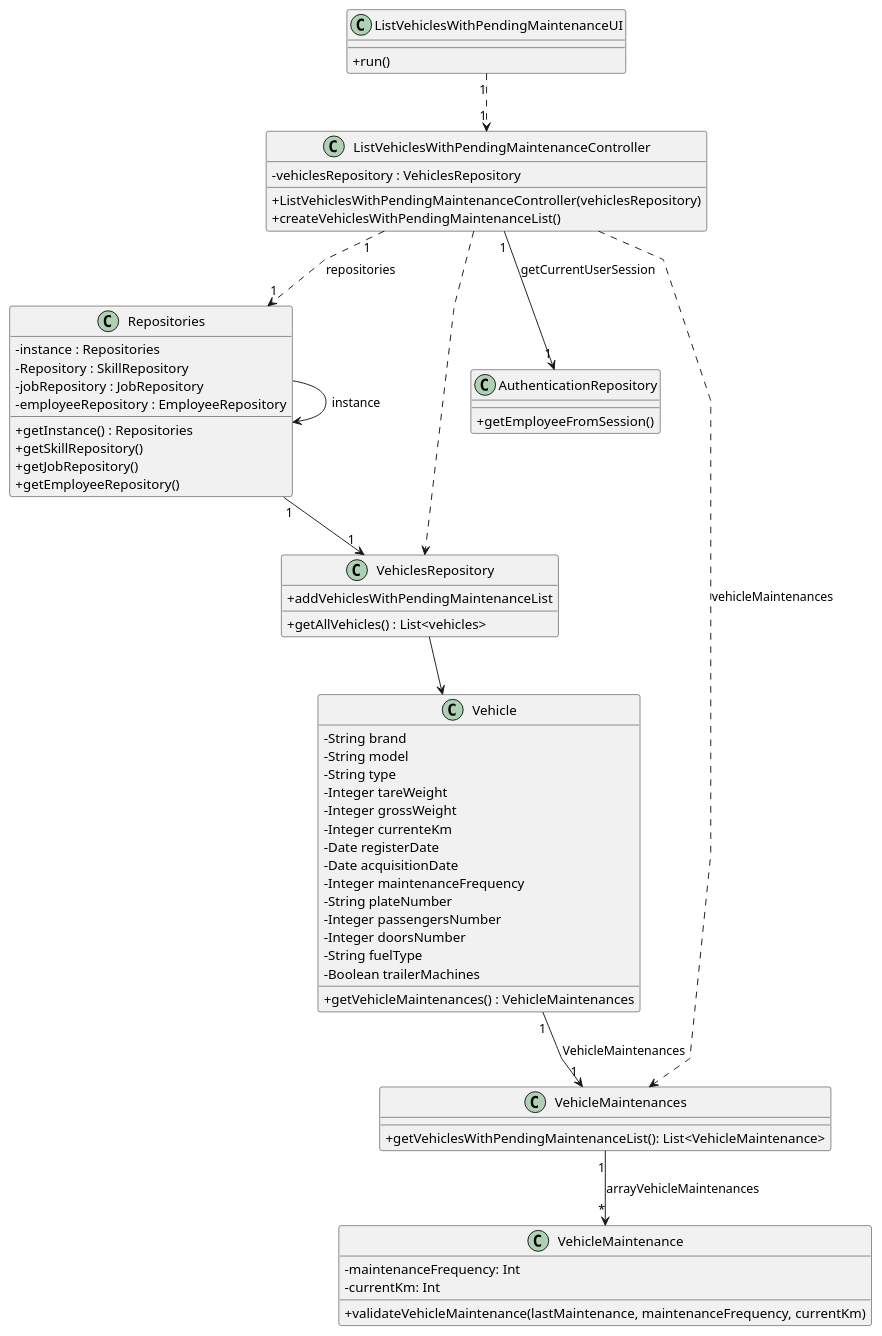
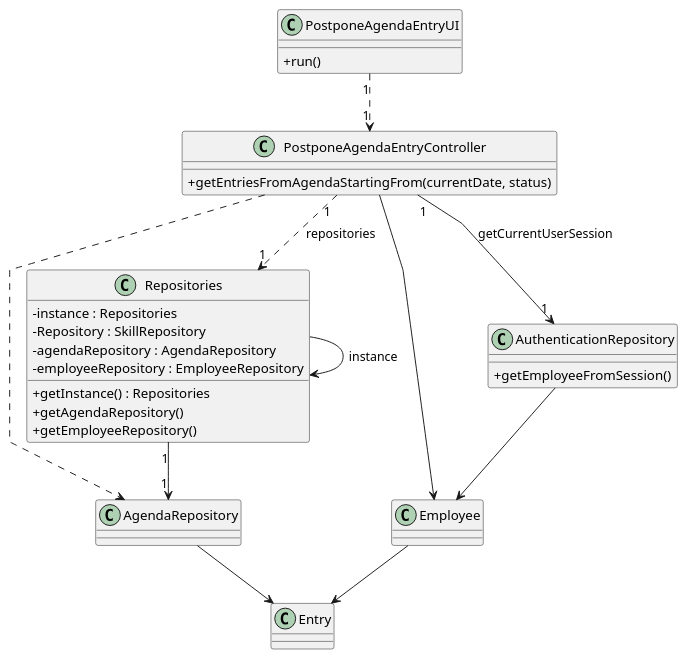
Before and after one commit to Paulo-Pereira-at-ISEP/lei-24-s2-1nanb-g321: the diagram in docs/sprintC/us24/03.design/puml/us24-class-diagram.puml, drawn with PlantUML. The commit also changed 3 other files, not shown here.

Commit message:
LGGPM-203 - US24 - Design - SD, Class Diagram and Rationals update

```diff
--- a/docs/sprintC/us24/03.design/puml/us24-class-diagram.puml
+++ b/docs/sprintC/us24/03.design/puml/us24-class-diagram.puml
@@ -1,97 +1,72 @@
 @startuml
 'skinparam monochrome true
 skinparam packageStyle rectangle
 skinparam shadowing false
 skinparam linetype polyline
 'skinparam linetype orto
 
 skinparam classAttributeIconSize 0
 
 'left to right direction
 
-class ListVehiclesWithPendingMaintenanceController {
-    -vehiclesRepository : VehiclesRepository
-
-    +ListVehiclesWithPendingMaintenanceController(vehiclesRepository)
-    + createVehiclesWithPendingMaintenanceList()
-
+class PostponeAgendaEntryController {
+    +getEntriesFromAgendaStartingFrom(currentDate, status)
 }
 
 
-class ListVehiclesWithPendingMaintenanceUI {
+class PostponeAgendaEntryUI {
     +run()
 }
 
 
 class Repositories{
     - instance : Repositories
     - Repository : SkillRepository
-    - jobRepository : JobRepository
+    - agendaRepository : AgendaRepository
     - employeeRepository : EmployeeRepository
 
-
     + getInstance() : Repositories
-    + getSkillRepository()
-    + getJobRepository()
+    + getAgendaRepository()
     + getEmployeeRepository()
 }
 
-class VehiclesRepository{
-    +getAllVehicles() : List<vehicles>
-    +addVehiclesWithPendingMaintenanceList
+class AgendaRepository{
+
 }
 
 class AuthenticationRepository{
     + getEmployeeFromSession()
 }
 
-class Vehicle {
-    - String brand
-    - String model
-    - String type
-    - Integer tareWeight
-    - Integer grossWeight
-    - Integer currenteKm
-    - Date registerDate
-    - Date acquisitionDate
-    - Integer maintenanceFrequency
-    - String plateNumber
-    - Integer passengersNumber
-    - Integer doorsNumber
-    - String fuelType
-    - Boolean trailerMachines
-
-    +getVehicleMaintenances() : VehicleMaintenances
-}
-
-class VehicleMaintenance{
--maintenanceFrequency: Int
--currentKm: Int
-
-+validateVehicleMaintenance(lastMaintenance, maintenanceFrequency, currentKm)
-
-}
-
-class VehicleMaintenances{
-+getVehiclesWithPendingMaintenanceList(): List<VehicleMaintenance>
+class Entry {
 
 }
 
 
-ListVehiclesWithPendingMaintenanceUI "1" ..> "1" ListVehiclesWithPendingMaintenanceController
+class Employee {
 
-Vehicle "1" --> "1" VehicleMaintenances: VehicleMaintenances
+}
 
-VehicleMaintenances "1" --> "*" VehicleMaintenance: arrayVehicleMaintenances
+
+PostponeAgendaEntryUI "1" ..> "1" PostponeAgendaEntryController
+
+
+
 
 Repositories -> Repositories : instance
-Repositories "1" --> "1" VehiclesRepository
+Repositories "1" --> "1" AgendaRepository
 
-VehiclesRepository --> Vehicle
+AgendaRepository --> Entry
 
-ListVehiclesWithPendingMaintenanceController ..> VehicleMaintenances : vehicleMaintenances
-ListVehiclesWithPendingMaintenanceController ..> VehiclesRepository
-ListVehiclesWithPendingMaintenanceController "1" ..> "1" Repositories : repositories
-ListVehiclesWithPendingMaintenanceController "1" --> "1" AuthenticationRepository : getCurrentUserSession
+
+PostponeAgendaEntryController ..> AgendaRepository
+PostponeAgendaEntryController "1" ..> "1" Repositories : repositories
+PostponeAgendaEntryController "1" --> "1" AuthenticationRepository : getCurrentUserSession
+
+PostponeAgendaEntryController -> Employee
+
+AuthenticationRepository --> Employee
+
+Employee -> Entry
 
 @enduml
```
